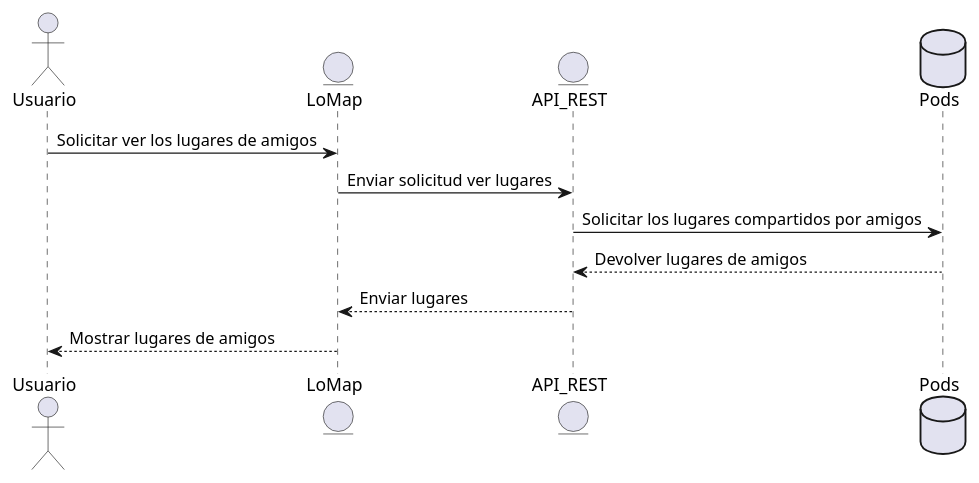
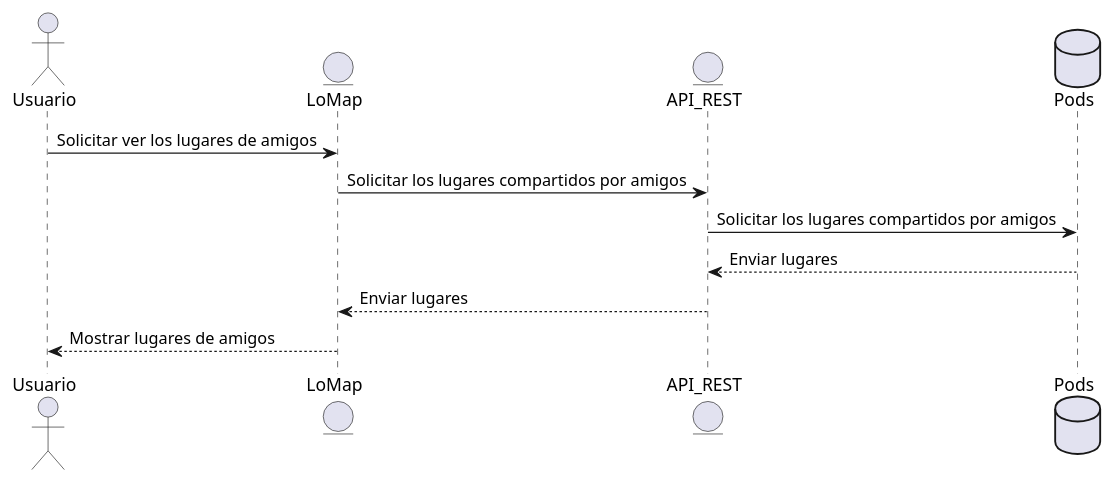
Diagram 16 of 16 in docs/06_runtime_view.adoc (Arquisoft/lomap_es3c), drawn with PlantUML before and after one commit. The commit also changed other lines of this file, not shown here.

```diff
--- a/docs/06_runtime_view.adoc
+++ b/docs/06_runtime_view.adoc
@@ -272,13 +254,13 @@
 [plantuml,"Sequence diagram9",png]
 ----
 actor Usuario
 entity LoMap
 Usuario -> LoMap: Solicitar ver los lugares de amigos
 entity API_REST
 database Pod as "Pods"
-LoMap-> API_REST: Enviar solicitud ver lugares
-API_REST-> Pod: Solicitar los lugares compartidos por amigos
-Pod--> API_REST: Devolver lugares de amigos
+LoMap-> API_REST: Solicitar los lugares compartidos por amigos
+API_REST->Pod:Solicitar los lugares compartidos por amigos
+Pod--> API_REST: Enviar lugares
 API_REST--> LoMap: Enviar lugares
 LoMap--> Usuario: Mostrar lugares de amigos
 ----
```
